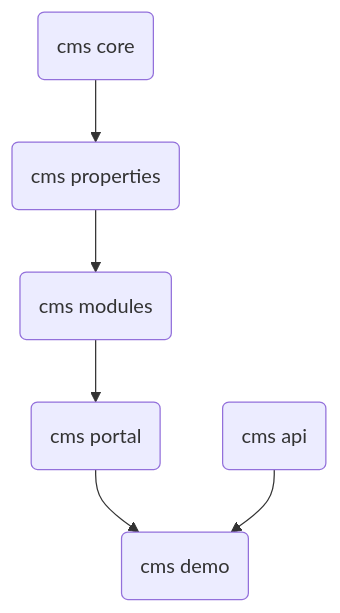
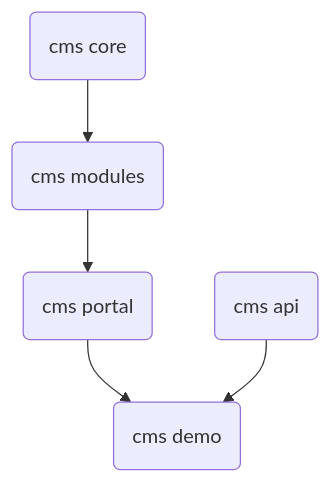
The diagram in README.md (typijs/typijs), drawn with Mermaid before and after one commit. The commit also changed other lines of this file, not shown here.

````diff
--- a/README.md
+++ b/README.md
@@ -128,9 +128,8 @@
 ```mermaid
     graph TD
-    A(cms core)-->B(cms properties)
-    B-->C(cms modules)
-    C-->D(cms portal)
-    D-->Z(cms demo)
+    A(cms core)-->B(cms modules)
+    B-->C(cms portal)
+    C-->Z(cms demo)
     X(cms api)-->Z
 
 ```
````
